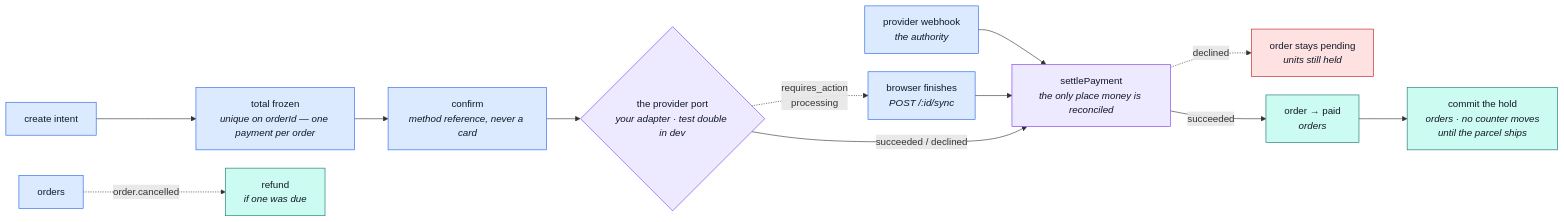
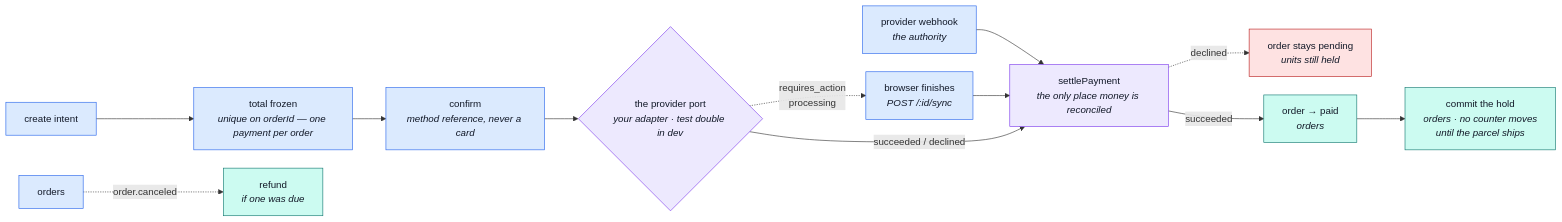
Diagram 16 of 18 in docs/modules/payments.md (Guebbit/boilerplate-node-backend), drawn with Mermaid before and after one commit. The commit also changed other lines of this file and 301 other files, not shown here.

````diff
--- a/docs/modules/payments.md
+++ b/docs/modules/payments.md
@@ -871,24 +871,24 @@
 ```mermaid
 %%{init: {'flowchart': {'nodeSpacing': 30, 'rankSpacing': 55}}}%%
 flowchart LR
     A["create intent"] --> B["total frozen<br/><i>unique on orderId — one payment per order</i>"]
     B --> C["confirm<br/><i>method reference, never a card</i>"]
     C --> D{"the provider port<br/><i>your adapter · test double in dev</i>"}
     D -.->|"requires_action<br/>processing"| S["browser finishes<br/><i>POST /:id/sync</i>"]
     W["provider webhook<br/><i>the authority</i>"] --> ST
     S --> ST["settlePayment<br/><i>the only place money is reconciled</i>"]
     D -->|"succeeded / declined"| ST
     ST -.->|declined| E["order stays pending<br/><i>units still held</i>"]
     ST -->|succeeded| F["order → paid<br/><i>orders</i>"]
     F --> G["commit the hold<br/><i>orders · no counter moves<br/>until the parcel ships</i>"]
-    OC["orders"] -. "order.cancelled" .-> R["refund<br/><i>if one was due</i>"]
+    OC["orders"] -. "order.canceled" .-> R["refund<br/><i>if one was due</i>"]
 
     classDef step fill:#dbeafe,stroke:#2563eb,color:#111827;
     classDef port fill:#ede9fe,stroke:#7c3aed,color:#111827;
     classDef done fill:#ccfbf1,stroke:#0f766e,color:#111827;
     classDef bad fill:#fee2e2,stroke:#b91c1c,color:#111827;
     class A,B,C,OC,S,W step;
     class D,ST port;
     class F,G,R done;
     class E bad;
 ```
````
